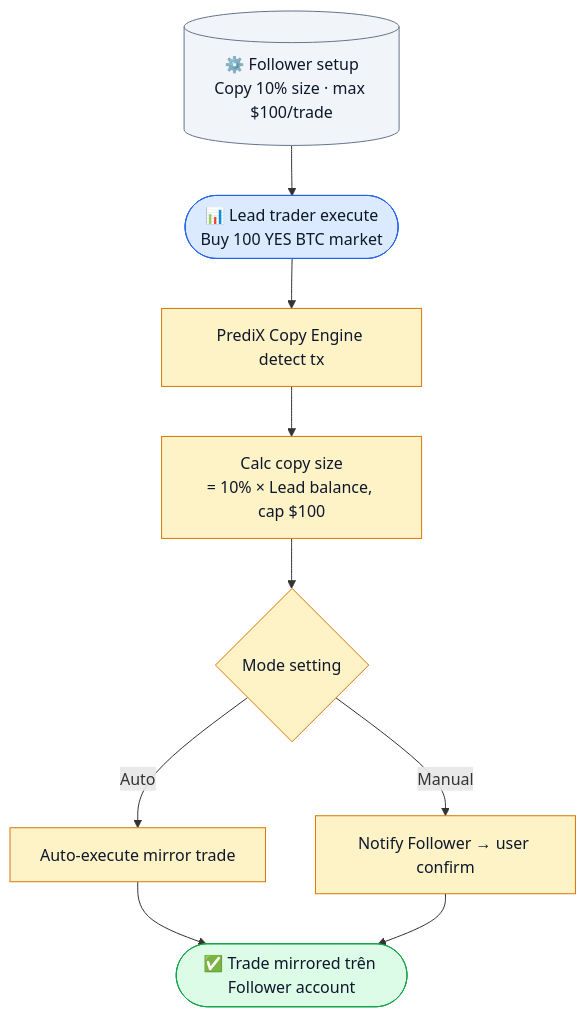
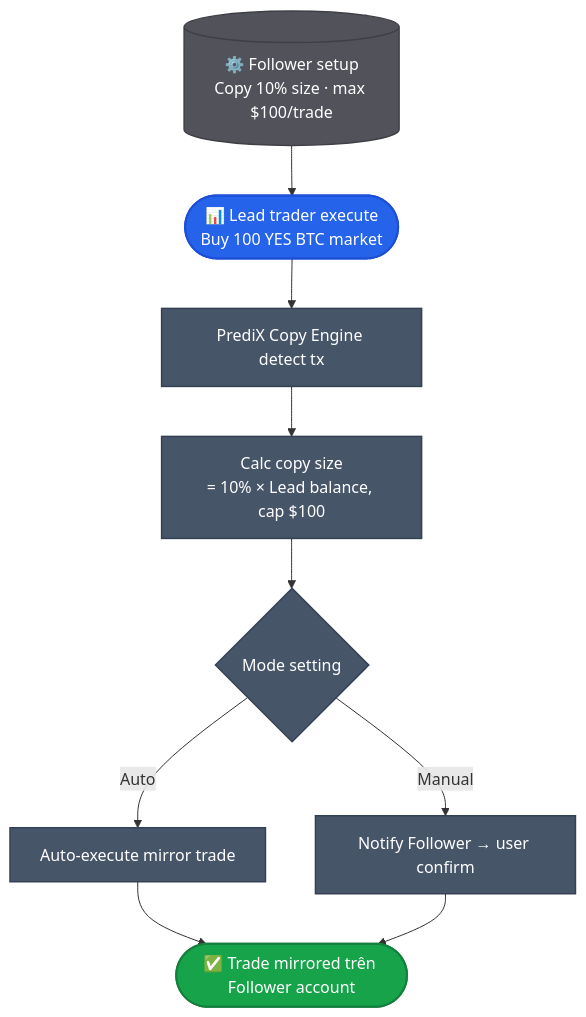
Before and after one commit to PrediX-Protocol/predix-docs: the second of 2 diagrams in vi_v6/cong-dong/leaderboard-traders.md, drawn with Mermaid. The commit also changed other lines of this file and 32 other files, not shown here.

First line of the commit message:
docs(vi_v6): redesign Mermaid theme — solid mid-tone palette + dark theme

````diff
--- a/vi_v6/cong-dong/leaderboard-traders.md
+++ b/vi_v6/cong-dong/leaderboard-traders.md
@@ -64,21 +64,21 @@
 ```mermaid
 flowchart TD
     Setup[("⚙️ Follower setup<br/>Copy 10% size · max $100/trade")]
     Setup --> Lead(["📊 Lead trader execute<br/>Buy 100 YES BTC market"])
     Lead --> S1["PrediX Copy Engine detect tx"]
     S1 --> S2["Calc copy size<br/>= 10% × Lead balance, cap $100"]
     S2 --> S3{"Mode setting"}
     S3 -->|Auto| S4["Auto-execute mirror trade"]
     S3 -->|Manual| S5["Notify Follower → user confirm"]
     S4 --> End(["✅ Trade mirrored trên Follower account"])
     S5 --> End
 
-    classDef cfg fill:#f1f5f9,stroke:#64748b,color:#0f172a
-    classDef st fill:#dbeafe,stroke:#2563eb,color:#0f172a
-    classDef step fill:#fef3c7,stroke:#d97706,color:#0f172a
-    classDef ok fill:#dcfce7,stroke:#16a34a,color:#0f172a
+    classDef cfg fill:#52525b,stroke:#3f3f46,color:#fff,stroke-width:1.5px
+    classDef st fill:#2563eb,stroke:#1d4ed8,color:#fff,stroke-width:2px
+    classDef step fill:#475569,stroke:#334155,color:#fff,stroke-width:1.5px
+    classDef ok fill:#16a34a,stroke:#15803d,color:#fff,stroke-width:2px
     class Setup cfg
     class Lead st
     class S1,S2,S3,S4,S5 step
     class End ok
 ```
````
